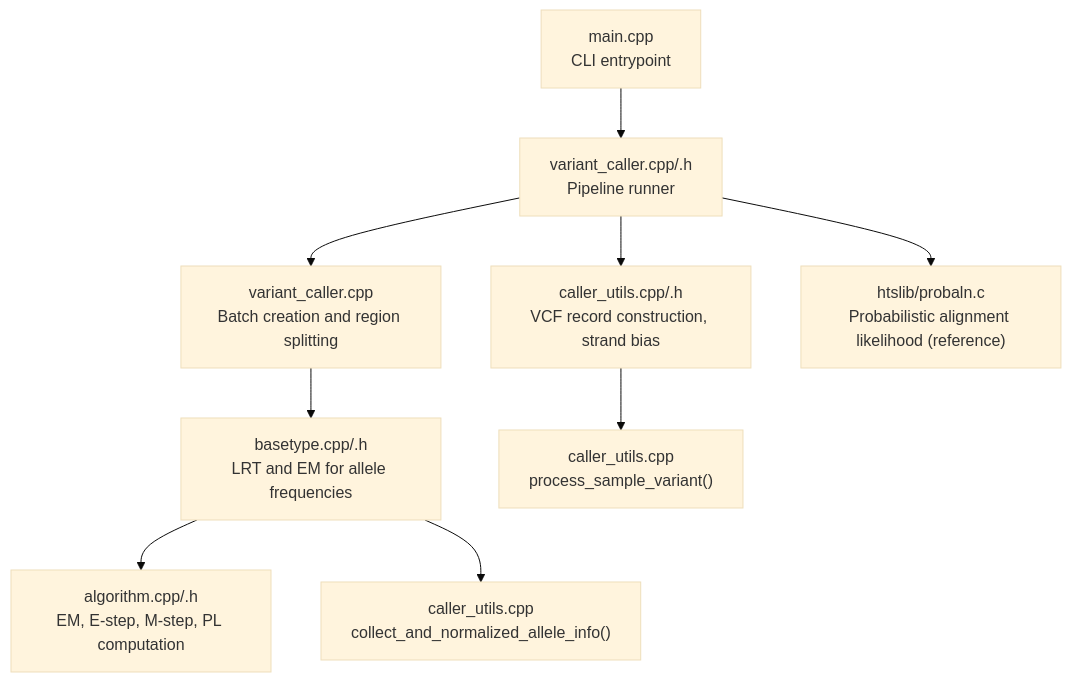
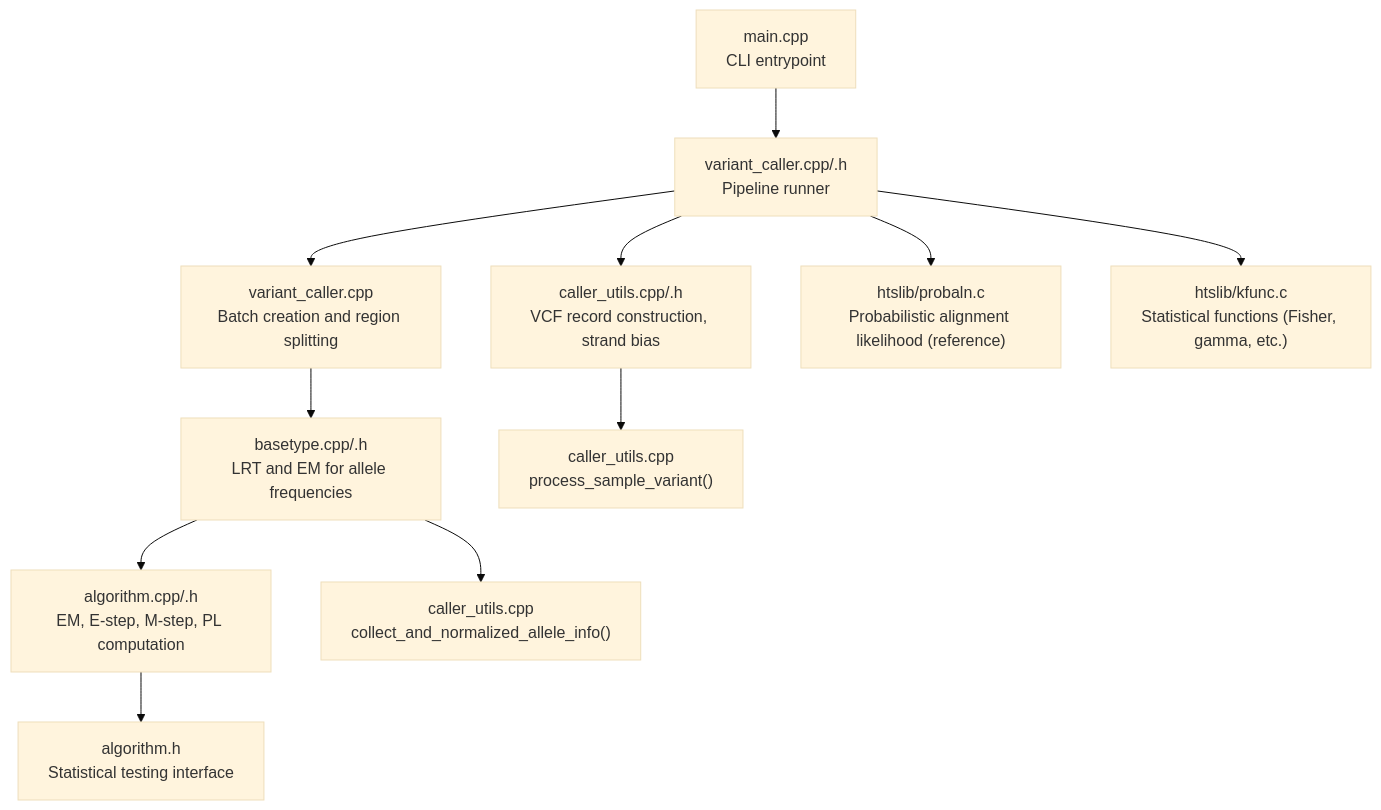
Before and after one commit to ShujiaHuang/BaseVar2: the first of 9 diagrams in .qoder/repowiki/en/content/Core Algorithm Architecture/Statistical Models and Probability Calculations.md, drawn with Mermaid (base theme). The commit also changed other lines of this file and 6 other files, not shown here.

````diff
--- a/.qoder/repowiki/en/content/Core Algorithm Architecture/Statistical Models and Probability Calculations.md
+++ b/.qoder/repowiki/en/content/Core Algorithm Architecture/Statistical Models and Probability Calculations.md
@@ -51,11 +64,13 @@
 ```mermaid
 graph TB
 A["main.cpp<br/>CLI entrypoint"] --> B["variant_caller.cpp/.h<br/>Pipeline runner"]
 B --> C["variant_caller.cpp<br/>Batch creation and region splitting"]
 C --> D["basetype.cpp/.h<br/>LRT and EM for allele frequencies"]
 D --> E["algorithm.cpp/.h<br/>EM, E-step, M-step, PL computation"]
 B --> F["caller_utils.cpp/.h<br/>VCF record construction, strand bias"]
 F --> G["caller_utils.cpp<br/>process_sample_variant()"]
 D --> H["caller_utils.cpp<br/>collect_and_normalized_allele_info()"]
 B --> I["htslib/probaln.c<br/>Probabilistic alignment likelihood (reference)"]
+B --> J["htslib/kfunc.c<br/>Statistical functions (Fisher, gamma, etc.)"]
+E --> K["algorithm.h<br/>Statistical testing interface"]
 ```
````
